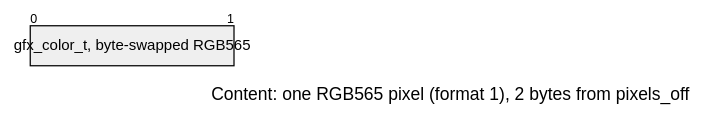
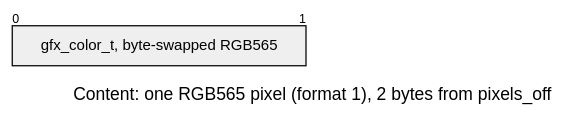
One commit to jose-villegas/autana changed the second of 3 diagrams in docs/assets/formats/IMAG.md. Above: the diagram before and after it, drawn with Mermaid (neutral theme). The commit also changed other lines of this file and 14 other files, not shown here.

````diff
--- a/docs/assets/formats/IMAG.md
+++ b/docs/assets/formats/IMAG.md
@@ -22,11 +22,11 @@
 ```mermaid
 ---
 config:
   packet:
-    bitsPerRow: 8
-    bitWidth: 84
+    bitsPerRow: 4
+    bitWidth: 120
 ---
 packet-beta
 title Content: one RGB565 pixel (format 1), 2 bytes from pixels_off
 0-1: "gfx_color_t, byte-swapped RGB565"
 ```
````
